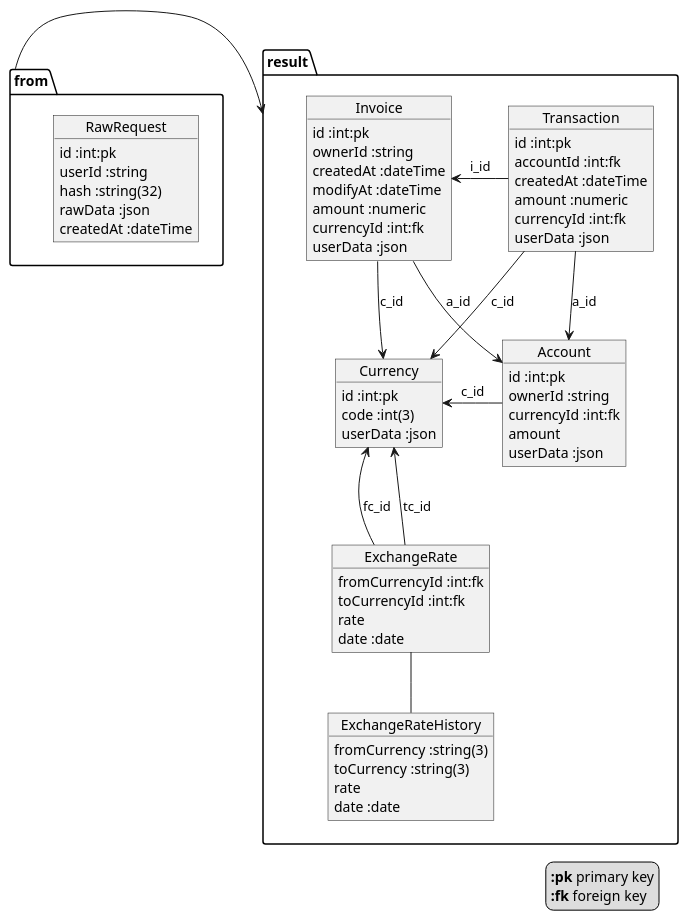
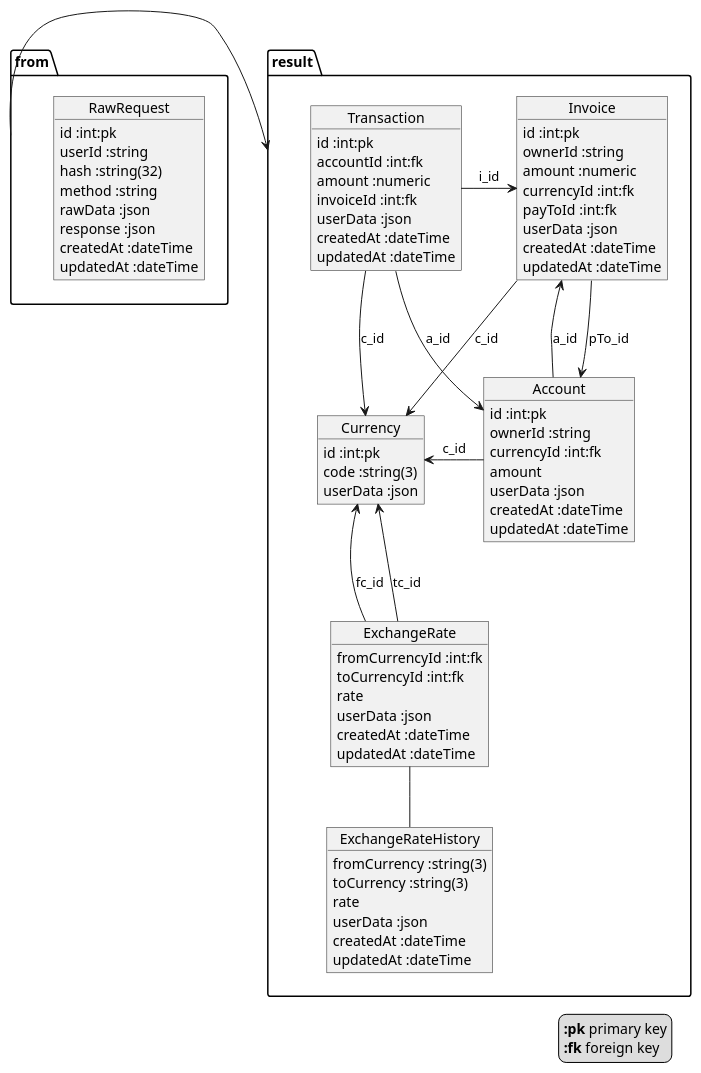
One commit to upsky/wlm changed the diagram in finance/docs/schema.puml. Above: the diagram before and after it, drawn with PlantUML.

Commit message:
make schema up to date;

```diff
--- a/finance/docs/schema.puml
+++ b/finance/docs/schema.puml
@@ -1,80 +1,92 @@
 @startuml
 
 package from {
     object RawRequest {
         id :int:pk
         userId :string
         hash :string(32)
+        method :string
         rawData :json
+        response :json
         createdAt :dateTime
+        updatedAt :dateTime
     }
 }
 
 package result {
     object Currency {
         id :int:pk
-        code :int(3)
+        code :string(3)
         userData :json
     }
 
     object Account {
         id :int:pk
         ownerId :string
         currencyId :int:fk
         amount
         userData :json
+        createdAt :dateTime
+        updatedAt :dateTime
     }
 
     object Transaction {
         id :int:pk
         accountId :int:fk
+        amount :numeric
+        invoiceId :int:fk
+        userData :json
         createdAt :dateTime
-        amount :numeric
-        currencyId :int:fk
-        userData :json
+        updatedAt :dateTime
     }
 
     object Invoice {
         id :int:pk
         ownerId :string
-        createdAt :dateTime
-        modifyAt :dateTime
         amount :numeric
         currencyId :int:fk
+        payToId :int:fk
         userData :json
+        createdAt :dateTime
+        updatedAt :dateTime
     }
 
     object ExchangeRate {
         fromCurrencyId :int:fk
         toCurrencyId :int:fk
         rate
-        date :date
+        userData :json
+        createdAt :dateTime
+        updatedAt :dateTime
     }
 
     object ExchangeRateHistory {
         fromCurrency :string(3)
         toCurrency :string(3)
         rate
-        date :date
+        userData :json
+        createdAt :dateTime
+        updatedAt :dateTime
     }
 
 }
 
 from -right-> result
 
 Account -left-> Currency:c_id
 Transaction -down-> Account:a_id
 Transaction -down-> Currency:c_id
 Invoice -down-> Currency:c_id
-Invoice -down-> Account:a_id
+Invoice -down-> Account:pTo_id
+Account -up-> Invoice:a_id
 ExchangeRate -up-> Currency:fc_id
 ExchangeRate -up-> Currency:tc_id
 Transaction -left-> Invoice:i_id
 ExchangeRateHistory -up- ExchangeRate
 
 legend right
   <b>:pk</b> primary key
   <b>:fk</b> foreign key
 endlegend
 
 @enduml
```
